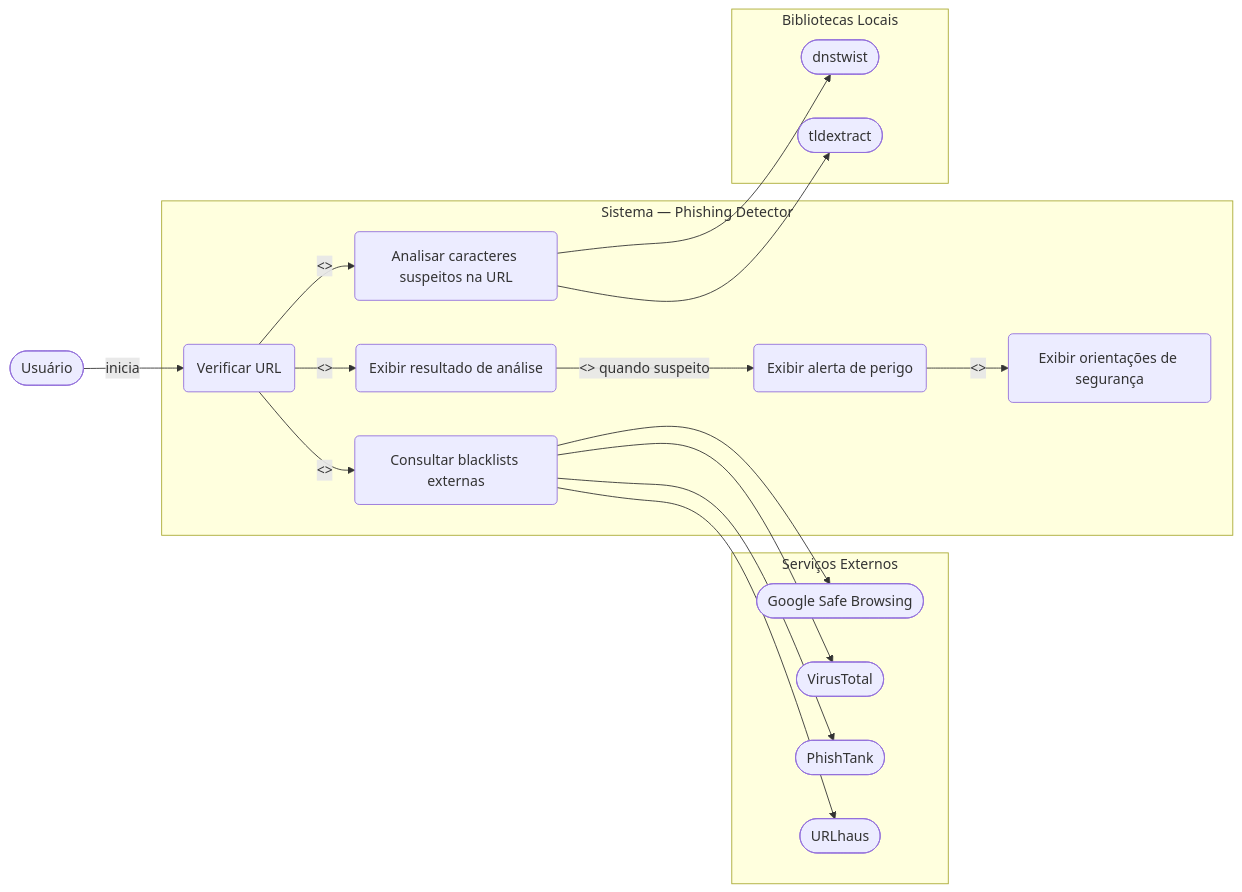
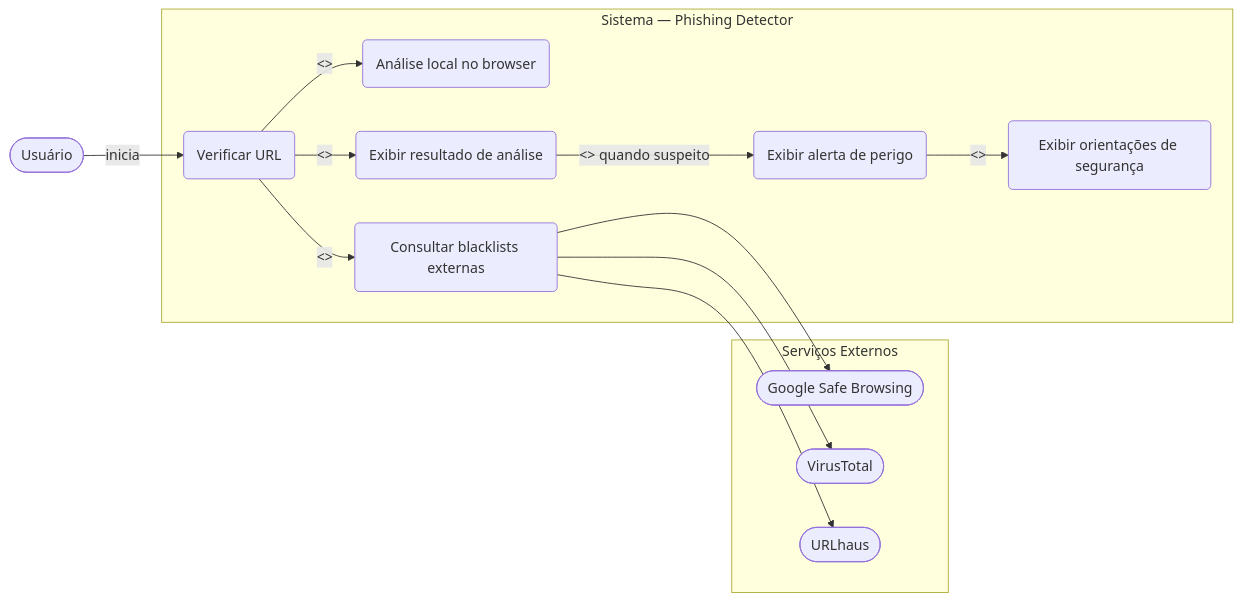
The first of 6 diagrams in docs/casos-de-uso.md (LeoGotardo/phising), drawn with Mermaid before and after one commit. The commit also changed other lines of this file and 4 other files, not shown here.

````diff
--- a/docs/casos-de-uso.md
+++ b/docs/casos-de-uso.md
@@ -5,41 +5,32 @@
 ```mermaid
 flowchart LR
     subgraph Atores_Externos["Serviços Externos"]
         GSB(["Google Safe Browsing"])
         VT(["VirusTotal"])
-        PT(["PhishTank"])
         UH(["URLhaus"])
     end
 
     subgraph Sistema["Sistema — Phishing Detector"]
         UC1("Verificar URL")
-        UC2("Analisar caracteres suspeitos na URL")
+        UC2("Análise local no browser")
         UC3("Consultar blacklists externas")
         UC4("Exibir resultado de análise")
         UC5("Exibir alerta de perigo")
         UC6("Exibir orientações de segurança")
-    end
-
-    subgraph Libs["Bibliotecas Locais"]
-        DNS(["dnstwist"])
-        TLD(["tldextract"])
     end
 
     Usuario(["Usuário"])
 
     Usuario -->|"inicia"| UC1
 
     UC1 -->|"<<inclui>>"| UC2
     UC1 -->|"<<inclui>>"| UC3
     UC1 -->|"<<inclui>>"| UC4
 
     UC4 -->|"<<estende>> quando suspeito"| UC5
     UC5 -->|"<<inclui>>"| UC6
 
-    UC2 --> DNS
-    UC2 --> TLD
     UC3 --> GSB
     UC3 --> VT
-    UC3 --> PT
     UC3 --> UH
 ```
````
